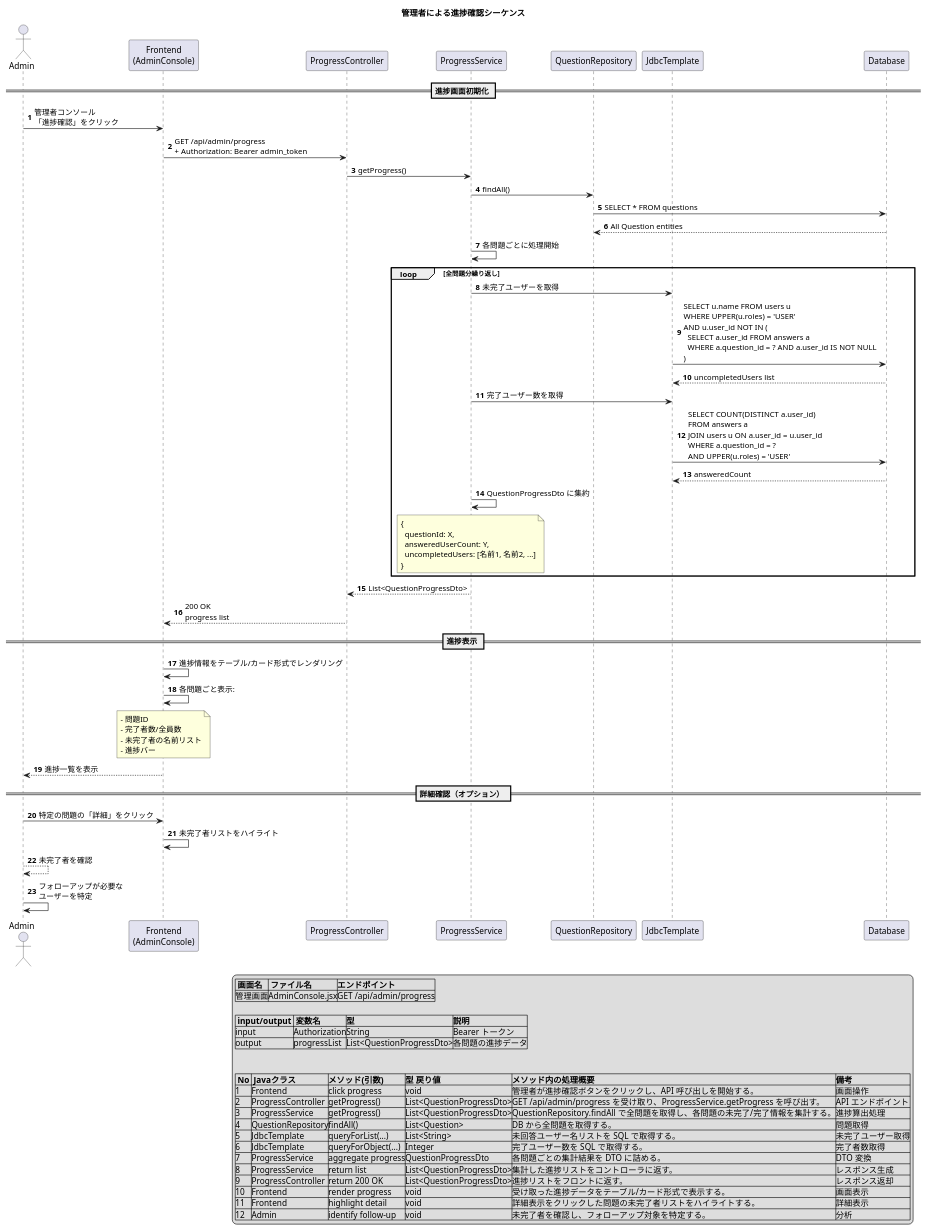
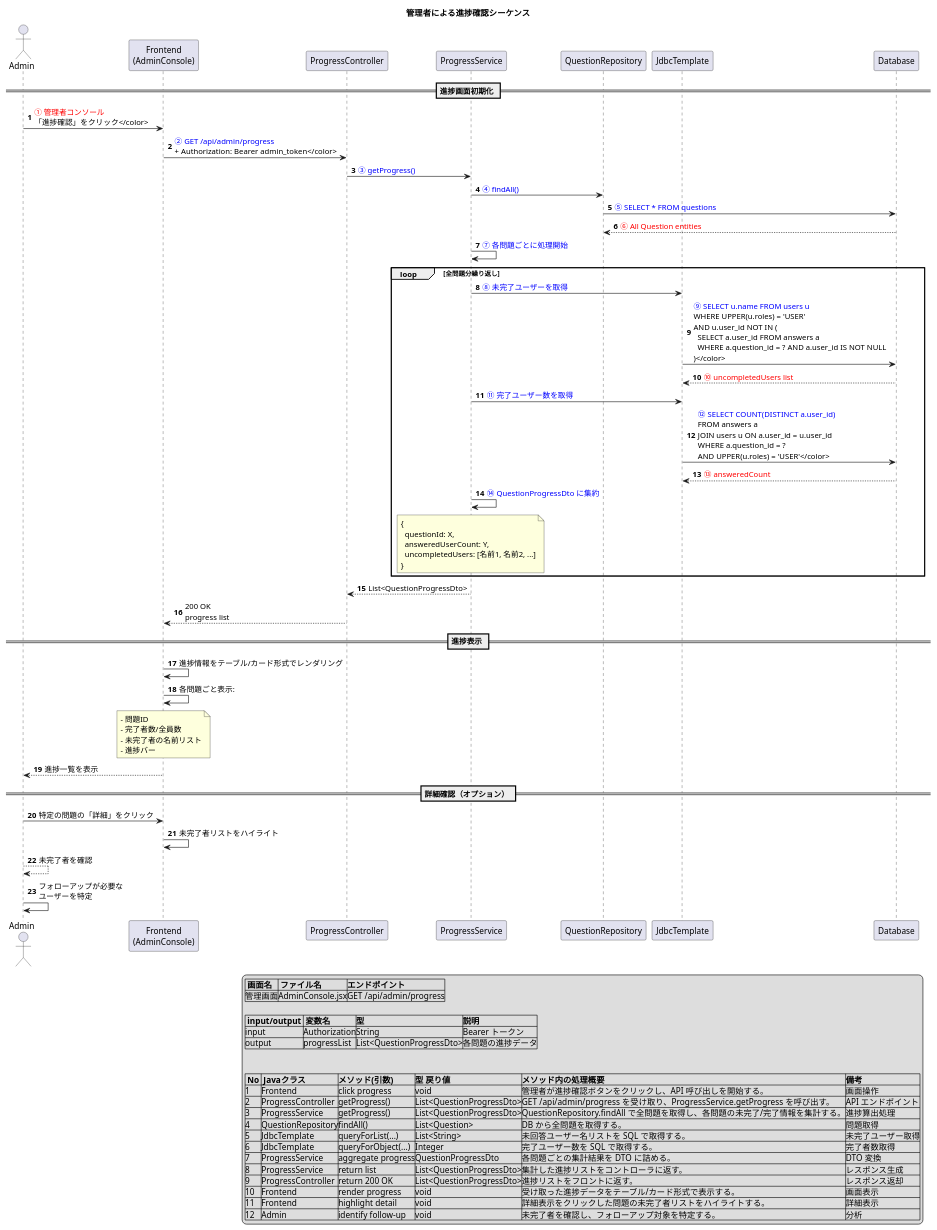
One commit to MyonsokuI/work_preview_app changed the diagram in docs/uml/sequence/sequence-admin-progress-check.puml. Above: the diagram before and after it, drawn with PlantUML. The commit also changed 3 other files, not shown here.

Commit message:
Enhance UML sequence diagrams with color-coded annotations for improved clarity in admin progress check, user journey, JWT authentication, and question-answer flow

```diff
--- a/docs/uml/sequence/sequence-admin-progress-check.puml
+++ b/docs/uml/sequence/sequence-admin-progress-check.puml
@@ -1,101 +1,101 @@
 @startuml 管理者進捗確認フロー
 autonumber
 title 管理者による進捗確認シーケンス
 
 actor Admin as admin
 participant "Frontend\n(AdminConsole)" as frontend
 participant "ProgressController" as pController
 participant "ProgressService" as pService
 participant "QuestionRepository" as qRepo
 participant "JdbcTemplate" as jdbc
 participant "Database" as db
 
 == 進捗画面初期化 ==
-admin -> frontend: 管理者コンソール\n「進捗確認」をクリック
-frontend -> pController: GET /api/admin/progress\n+ Authorization: Bearer admin_token
+admin -> frontend: <color:red>① 管理者コンソール\n「進捗確認」をクリック</color>
+frontend -> pController: <color:blue>② GET /api/admin/progress\n+ Authorization: Bearer admin_token</color>
 
-pController -> pService: getProgress()
+pController -> pService: <color:blue>③ getProgress()</color>
 
-pService -> qRepo: findAll()
-qRepo -> db: SELECT * FROM questions
-db --> qRepo: All Question entities
+pService -> qRepo: <color:blue>④ findAll()</color>
+qRepo -> db: <color:blue>⑤ SELECT * FROM questions</color>
+db --> qRepo: <color:red>⑥ All Question entities</color>
 
-pService -> pService: 各問題ごとに処理開始
+pService -> pService: <color:blue>⑦ 各問題ごとに処理開始</color>
 
 loop 全問題分繰り返し
     
-    pService -> jdbc: 未完了ユーザーを取得
-    jdbc -> db: SELECT u.name FROM users u\nWHERE UPPER(u.roles) = 'USER'\nAND u.user_id NOT IN (\n  SELECT a.user_id FROM answers a\n  WHERE a.question_id = ? AND a.user_id IS NOT NULL\n)
-    db --> jdbc: uncompletedUsers list
+    pService -> jdbc: <color:blue>⑧ 未完了ユーザーを取得</color>
+    jdbc -> db: <color:blue>⑨ SELECT u.name FROM users u\nWHERE UPPER(u.roles) = 'USER'\nAND u.user_id NOT IN (\n  SELECT a.user_id FROM answers a\n  WHERE a.question_id = ? AND a.user_id IS NOT NULL\n)</color>
+    db --> jdbc: <color:red>⑩ uncompletedUsers list</color>
     
-    pService -> jdbc: 完了ユーザー数を取得
-    jdbc -> db: SELECT COUNT(DISTINCT a.user_id)\nFROM answers a\nJOIN users u ON a.user_id = u.user_id\nWHERE a.question_id = ?\nAND UPPER(u.roles) = 'USER'
-    db --> jdbc: answeredCount
+    pService -> jdbc: <color:blue>⑪ 完了ユーザー数を取得</color>
+    jdbc -> db: <color:blue>⑫ SELECT COUNT(DISTINCT a.user_id)\nFROM answers a\nJOIN users u ON a.user_id = u.user_id\nWHERE a.question_id = ?\nAND UPPER(u.roles) = 'USER'</color>
+    db --> jdbc: <color:red>⑬ answeredCount</color>
     
-    pService -> pService: QuestionProgressDto に集約
+    pService -> pService: <color:blue>⑭ QuestionProgressDto に集約</color>
     note over pService
         {
           questionId: X,
           answeredUserCount: Y,
           uncompletedUsers: [名前1, 名前2, ...]
         }
     end note
     
 end
 
 pService --> pController: List<QuestionProgressDto>
 pController --> frontend: 200 OK\nprogress list
 
 == 進捗表示 ==
 frontend -> frontend: 進捗情報をテーブル/カード形式でレンダリング
 
 frontend -> frontend: 各問題ごと表示:
 note over frontend
   - 問題ID
   - 完了者数/全員数
   - 未完了者の名前リスト
   - 進捗バー
 end note
 
 frontend --> admin: 進捗一覧を表示
 
 == 詳細確認（オプション） ==
 admin -> frontend: 特定の問題の「詳細」をクリック
 frontend -> frontend: 未完了者リストをハイライト
 admin --> admin: 未完了者を確認
 
 admin -> admin: フォローアップが必要な\nユーザーを特定
 
 '② エンドポイント設計
 legend right
 |= 画面名 |= ファイル名 |=エンドポイント|
 |管理画面|AdminConsole.jsx|GET /api/admin/progress|
 
 '③ インプット・アウトプット
 |= input/output |= 変数名 |=型|=説明|
 |input|Authorization|String|Bearer トークン|
 |output|progressList|List<QuestionProgressDto>|各問題の進捗データ|
 
 /'
 ④ ①の図の詳細説明表
 - Javaクラス名：メソッドを実装するクラス名を記述する。（クラス図参照）
 - 処理メソッド名：使用するメソッド名を記述する。（クラス図参照）
 - 処理の流れ：メソッド内の処理内容を順番通りに日本語で説明する。図にも入力・出力の変数を示すが、言葉でより詳細に説明する。
 - 備考：（実装のヒントや使用想定の要素技術などを記述する。）'/
 
 |= No |= Javaクラス |=メソッド(引数)|=型 戻り値|=メソッド内の処理概要|=備考|
 |1|Frontend|click progress|void|管理者が進捗確認ボタンをクリックし、API 呼び出しを開始する。|画面操作|
 |2|ProgressController|getProgress()|List<QuestionProgressDto>|GET /api/admin/progress を受け取り、ProgressService.getProgress を呼び出す。|API エンドポイント|
 |3|ProgressService|getProgress()|List<QuestionProgressDto>|QuestionRepository.findAll で全問題を取得し、各問題の未完了/完了情報を集計する。|進捗算出処理|
 |4|QuestionRepository|findAll()|List<Question>|DB から全問題を取得する。|問題取得|
 |5|JdbcTemplate|queryForList(...)|List<String>|未回答ユーザー名リストを SQL で取得する。|未完了ユーザー取得|
 |6|JdbcTemplate|queryForObject(...)|Integer|完了ユーザー数を SQL で取得する。|完了者数取得|
 |7|ProgressService|aggregate progress|QuestionProgressDto|各問題ごとの集計結果を DTO に詰める。|DTO 変換|
 |8|ProgressService|return list|List<QuestionProgressDto>|集計した進捗リストをコントローラに返す。|レスポンス生成|
 |9|ProgressController|return 200 OK|List<QuestionProgressDto>|進捗リストをフロントに返す。|レスポンス返却|
 |10|Frontend|render progress|void|受け取った進捗データをテーブル/カード形式で表示する。|画面表示|
 |11|Frontend|highlight detail|void|詳細表示をクリックした問題の未完了者リストをハイライトする。|詳細表示|
 |12|Admin|identify follow-up|void|未完了者を確認し、フォローアップ対象を特定する。|分析|
 endlegend
 
 @enduml
```
